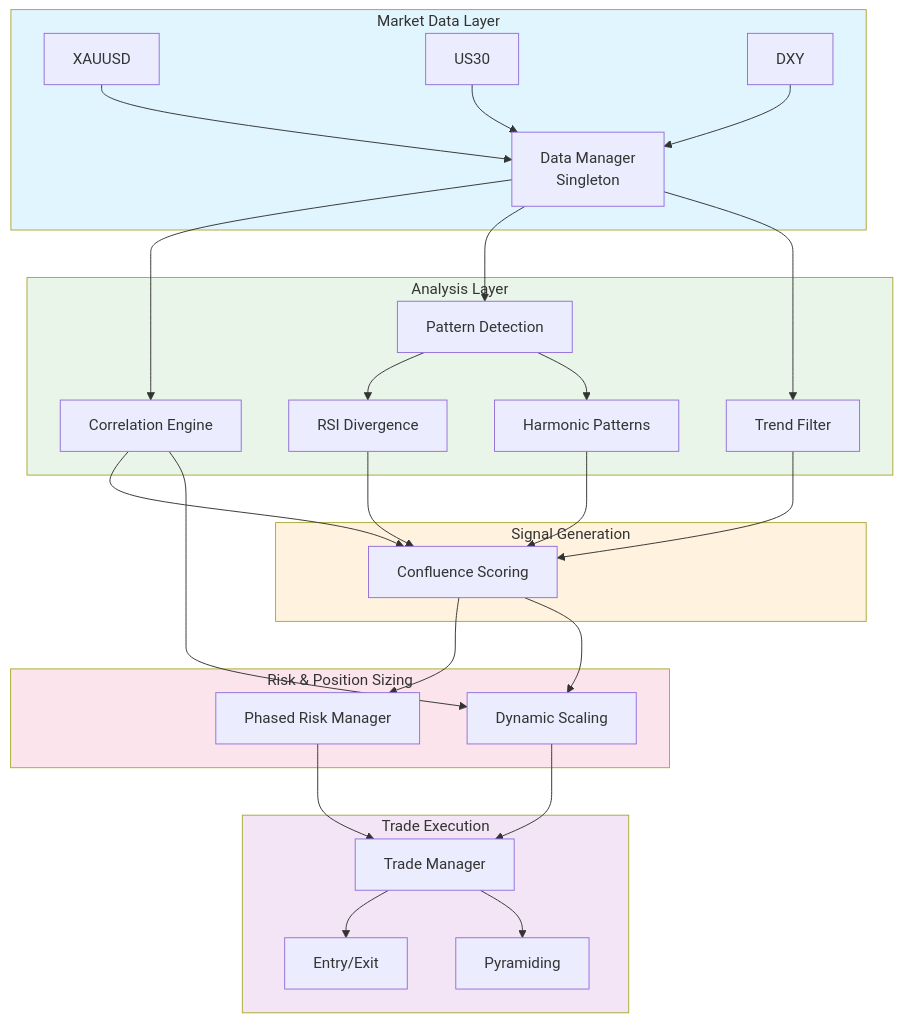
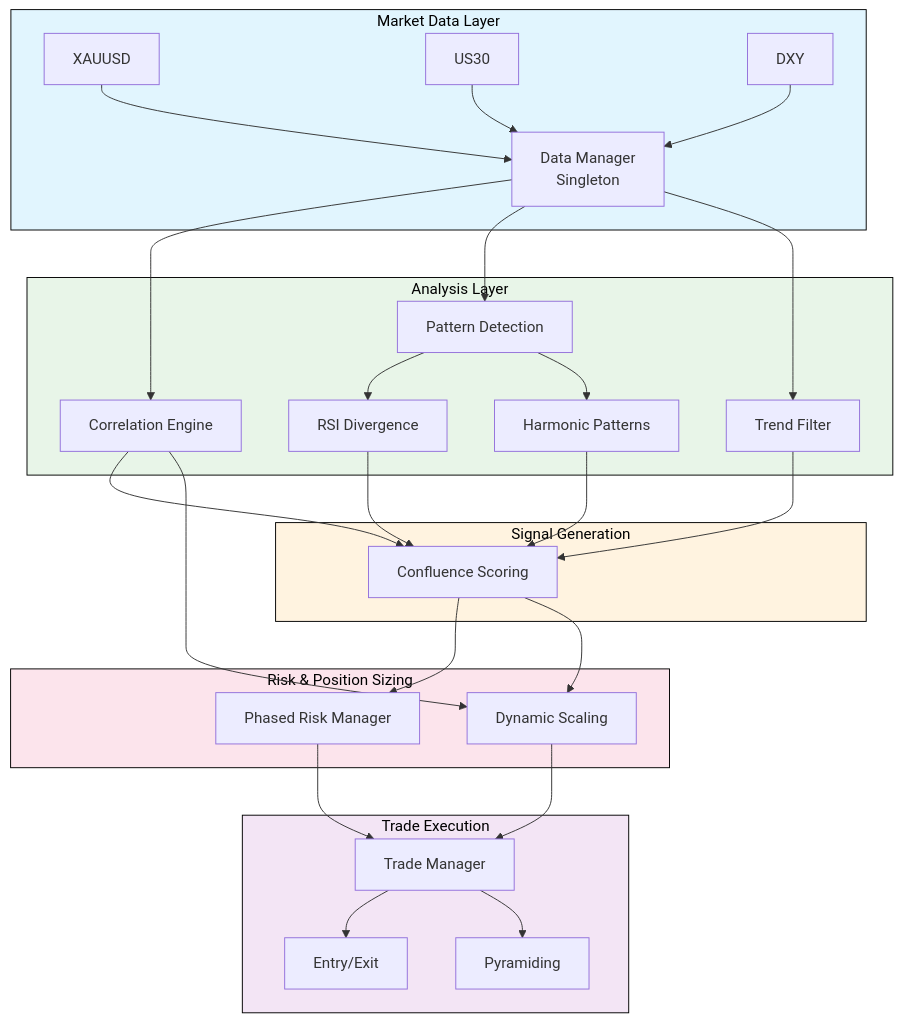
One commit to keyalgos/Project_Chimera changed the first of 8 diagrams in README.md. Above: the diagram before and after it, drawn with Mermaid. The commit also changed other lines of this file, not shown here.

````diff
--- a/README.md
+++ b/README.md
@@ -54,42 +54,42 @@
 ```mermaid
 flowchart TD
     subgraph MarketData["Market Data Layer"]
         A[XAUUSD] --> D[Data Manager\nSingleton]
         B[US30] --> D
         C[DXY] --> D
     end
     
     subgraph Analysis["Analysis Layer"]
         D --> E[Correlation Engine]
         D --> F[Pattern Detection]
         F --> G[RSI Divergence]
         F --> H[Harmonic Patterns]
         D --> I[Trend Filter]
     end
     
     subgraph Signal["Signal Generation"]
         E --> J[Confluence Scoring]
         G --> J
         H --> J
         I --> J
     end
     
     subgraph Risk["Risk & Position Sizing"]
         J --> K[Phased Risk Manager]
         J --> L[Dynamic Scaling]
         E --> L
     end
     
     subgraph Execution["Trade Execution"]
         K --> M[Trade Manager]
         L --> M
         M --> N[Entry/Exit]
         M --> O[Pyramiding]
     end
     
-    style MarketData fill:#e1f5fe
-    style Analysis fill:#e8f5e8
-    style Signal fill:#fff3e0
-    style Risk fill:#fce4ec
-    style Execution fill:#f3e5f5
+    style MarketData fill:#e1f5fe,stroke:#000,color:#000
+    style Analysis fill:#e8f5e8,stroke:#000,color:#000
+    style Signal fill:#fff3e0,stroke:#000,color:#000
+    style Risk fill:#fce4ec,stroke:#000,color:#000
+    style Execution fill:#f3e5f5,stroke:#000,color:#000
 ```
````
